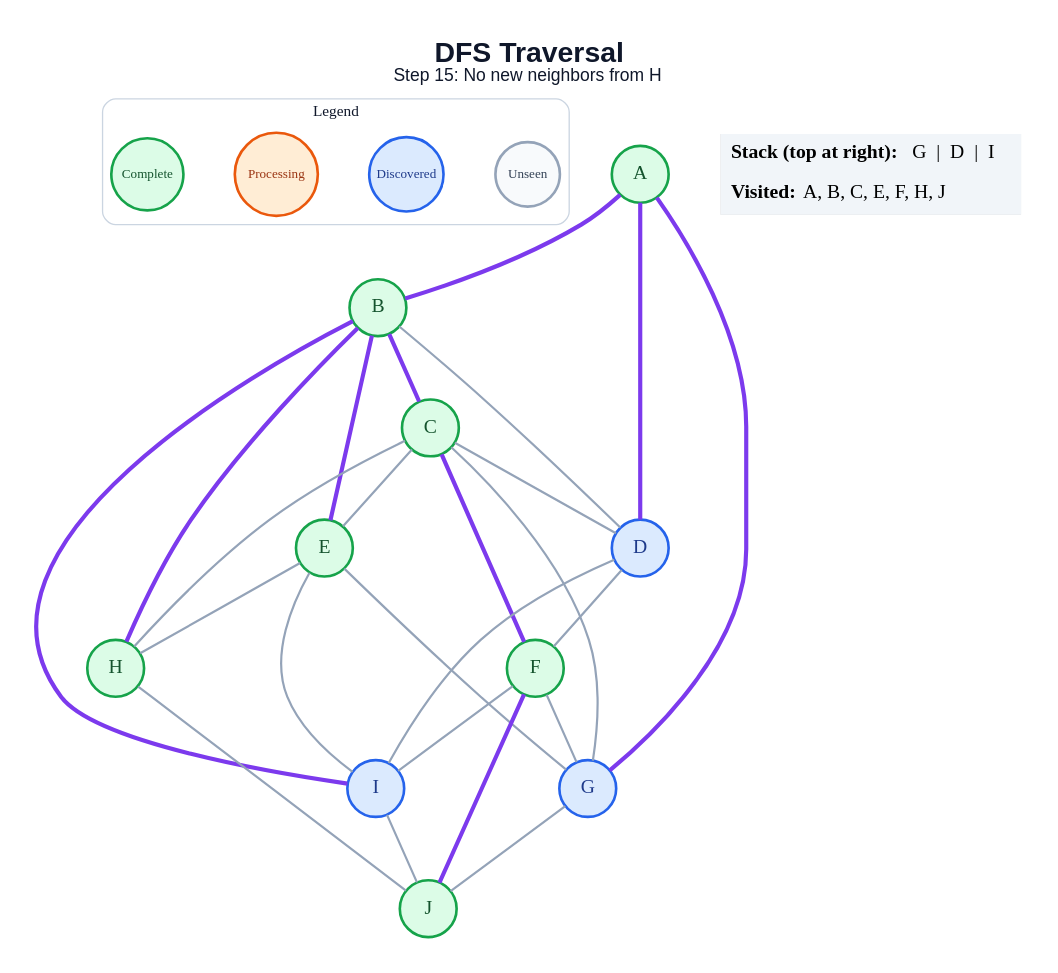
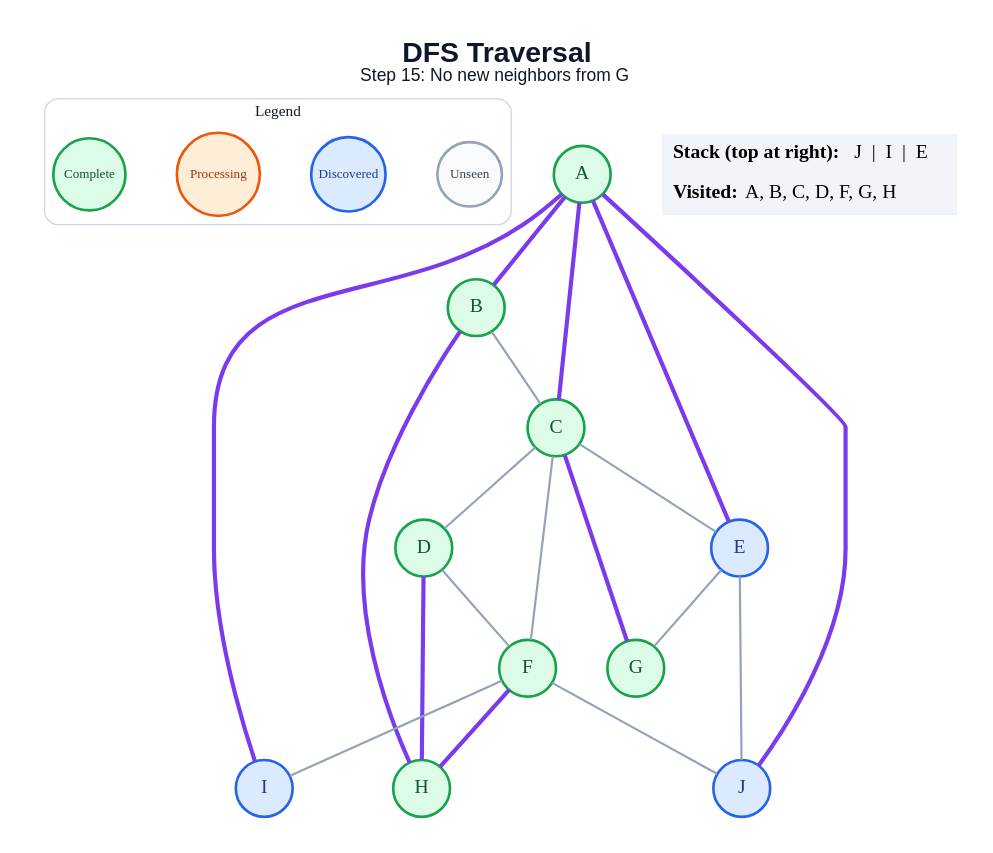
Before and after one commit to amanghodawala9/ai-slop: the diagram in generated/dfs/step_15.dot, drawn with Graphviz. The commit also changed 178 other files, not shown here.

```diff
--- a/generated/dfs/step_15.dot
+++ b/generated/dfs/step_15.dot
@@ -1,53 +1,47 @@
 graph traversal {
   graph [layout=dot, rankdir=TB, bgcolor="#FFFFFF", pad="0.35", nodesep="0.65", ranksep="0.8", fontname="Arial"];
   node [shape=circle, style="filled", fontname="Arial Bold", fontsize=18, width=0.72, fixedsize=true, penwidth=2.4];
   edge [color="#94A3B8", penwidth=2.0];
-  label=<<B>DFS Traversal</B><BR/><FONT POINT-SIZE="16">Step 15: No new neighbors from H</FONT>>; labelloc="t"; fontsize=26; fontname="Arial"; fontcolor="#0F172A";
+  label=<<B>DFS Traversal</B><BR/><FONT POINT-SIZE="16">Step 15: No new neighbors from G</FONT>>; labelloc="t"; fontsize=26; fontname="Arial"; fontcolor="#0F172A";
   subgraph cluster_legend { label="Legend"; color="#CBD5E1"; penwidth=1.2; style="rounded"; fontsize=14; fontname="Arial Bold";
     key_unseen [label="Unseen", fillcolor="#F8FAFC", color="#94A3B8", fontcolor="#334155", fontsize=12, width=0.82];
     key_frontier [label="Discovered", fillcolor="#DBEAFE", color="#2563EB", fontcolor="#1E3A8A", fontsize=12, width=0.95];
     key_current [label="Processing", fillcolor="#FFEDD5", color="#EA580C", fontcolor="#9A3412", fontsize=12, width=1.05];
     key_done [label="Complete", fillcolor="#DCFCE7", color="#16A34A", fontcolor="#14532D", fontsize=12, width=0.92];
     { rank=same; key_unseen; key_frontier; key_current; key_done; }
   }
   A [fillcolor="#DCFCE7", color="#16A34A", fontcolor="#14532D"];
   B [fillcolor="#DCFCE7", color="#16A34A", fontcolor="#14532D"];
   C [fillcolor="#DCFCE7", color="#16A34A", fontcolor="#14532D"];
-  D [fillcolor="#DBEAFE", color="#2563EB", fontcolor="#1E3A8A"];
-  E [fillcolor="#DCFCE7", color="#16A34A", fontcolor="#14532D"];
+  D [fillcolor="#DCFCE7", color="#16A34A", fontcolor="#14532D"];
+  E [fillcolor="#DBEAFE", color="#2563EB", fontcolor="#1E3A8A"];
   F [fillcolor="#DCFCE7", color="#16A34A", fontcolor="#14532D"];
-  G [fillcolor="#DBEAFE", color="#2563EB", fontcolor="#1E3A8A"];
+  G [fillcolor="#DCFCE7", color="#16A34A", fontcolor="#14532D"];
   H [fillcolor="#DCFCE7", color="#16A34A", fontcolor="#14532D"];
   I [fillcolor="#DBEAFE", color="#2563EB", fontcolor="#1E3A8A"];
-  J [fillcolor="#DCFCE7", color="#16A34A", fontcolor="#14532D"];
+  J [fillcolor="#DBEAFE", color="#2563EB", fontcolor="#1E3A8A"];
   A -- B [color="#7C3AED", penwidth=3.8];
-  A -- D [color="#7C3AED", penwidth=3.8];
-  A -- G [color="#7C3AED", penwidth=3.8];
-  B -- C [color="#7C3AED", penwidth=3.8];
-  B -- D;
-  B -- E [color="#7C3AED", penwidth=3.8];
+  A -- C [color="#7C3AED", penwidth=3.8];
+  A -- E [color="#7C3AED", penwidth=3.8];
+  A -- I [color="#7C3AED", penwidth=3.8];
+  A -- J [color="#7C3AED", penwidth=3.8];
+  B -- C;
   B -- H [color="#7C3AED", penwidth=3.8];
-  B -- I [color="#7C3AED", penwidth=3.8];
   C -- D;
   C -- E;
-  C -- F [color="#7C3AED", penwidth=3.8];
-  C -- G;
-  C -- H;
+  C -- F;
+  C -- G [color="#7C3AED", penwidth=3.8];
   D -- F;
-  D -- I;
+  D -- H [color="#7C3AED", penwidth=3.8];
   E -- G;
-  E -- H;
-  E -- I;
-  F -- G;
+  E -- J;
+  F -- H [color="#7C3AED", penwidth=3.8];
   F -- I;
-  F -- J [color="#7C3AED", penwidth=3.8];
-  G -- J;
-  H -- J;
-  I -- J;
+  F -- J;
   status [shape=plain, fixedsize=false, width=0, height=0, margin=0, label=<
     <TABLE BORDER="0" CELLBORDER="0" CELLPADDING="7" BGCOLOR="#F1F5F9">
-      <TR><TD ALIGN="LEFT"><B>Stack (top at right):</B> G  |  D  |  I</TD></TR>
-      <TR><TD ALIGN="LEFT"><B>Visited:</B> A, B, C, E, F, H, J</TD></TR>
+      <TR><TD ALIGN="LEFT"><B>Stack (top at right):</B> J  |  I  |  E</TD></TR>
+      <TR><TD ALIGN="LEFT"><B>Visited:</B> A, B, C, D, F, G, H</TD></TR>
     </TABLE>
   >];
 }
```
